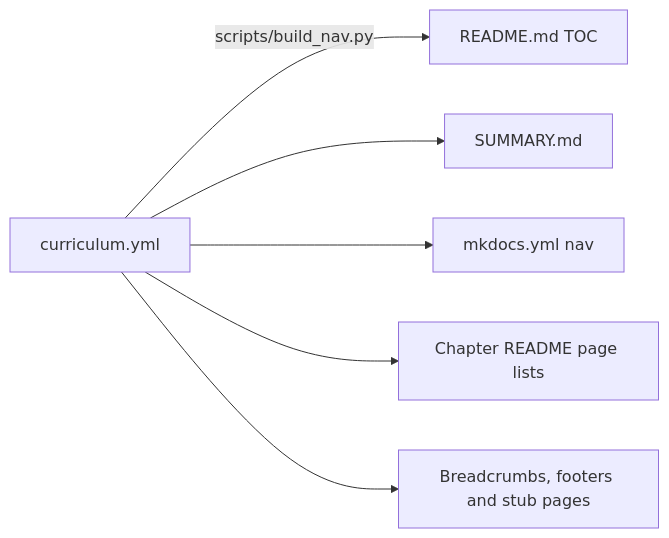
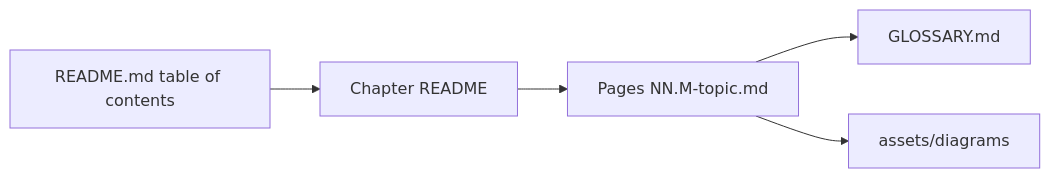
The diagram in CONTRIBUTING.md (asmustechno/agentic-ai-notes), drawn with Mermaid before and after one commit. The commit also changed other lines of this file and 397 other files, not shown here.

````diff
--- a/CONTRIBUTING.md
+++ b/CONTRIBUTING.md
@@ -28,8 +28,7 @@
 ```mermaid
 flowchart LR
-    C[curriculum.yml] -->|scripts/build_nav.py| R[README.md TOC]
-    C --> S[SUMMARY.md]
-    C --> M[mkdocs.yml nav]
-    C --> CR[Chapter README page lists]
-    C --> P[Breadcrumbs, footers and stub pages]
+    R[README.md table of contents] --> CR[Chapter README]
+    CR --> P[Pages NN.M-topic.md]
+    P --> G[GLOSSARY.md]
+    P --> A[assets/diagrams]
 ```
````
